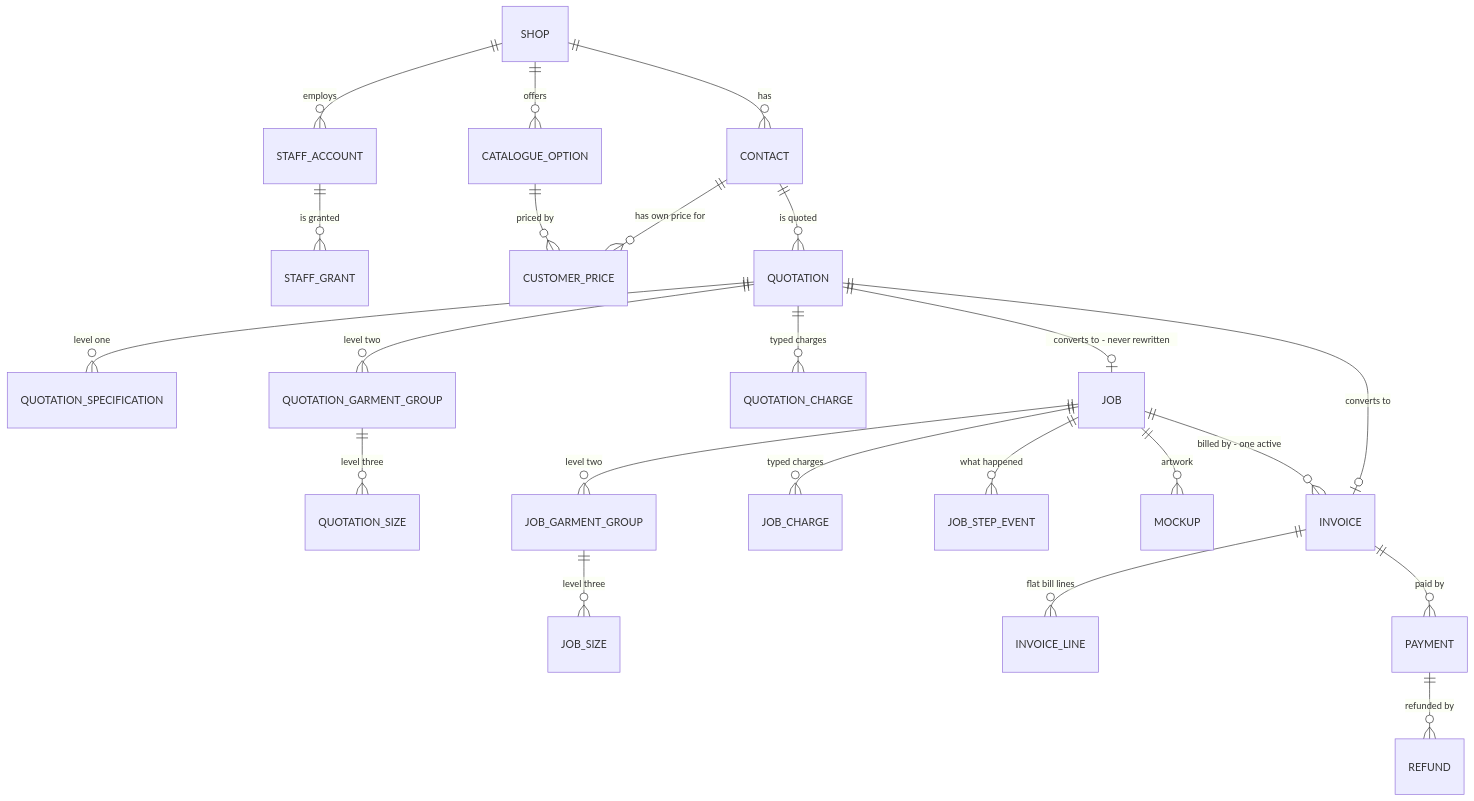
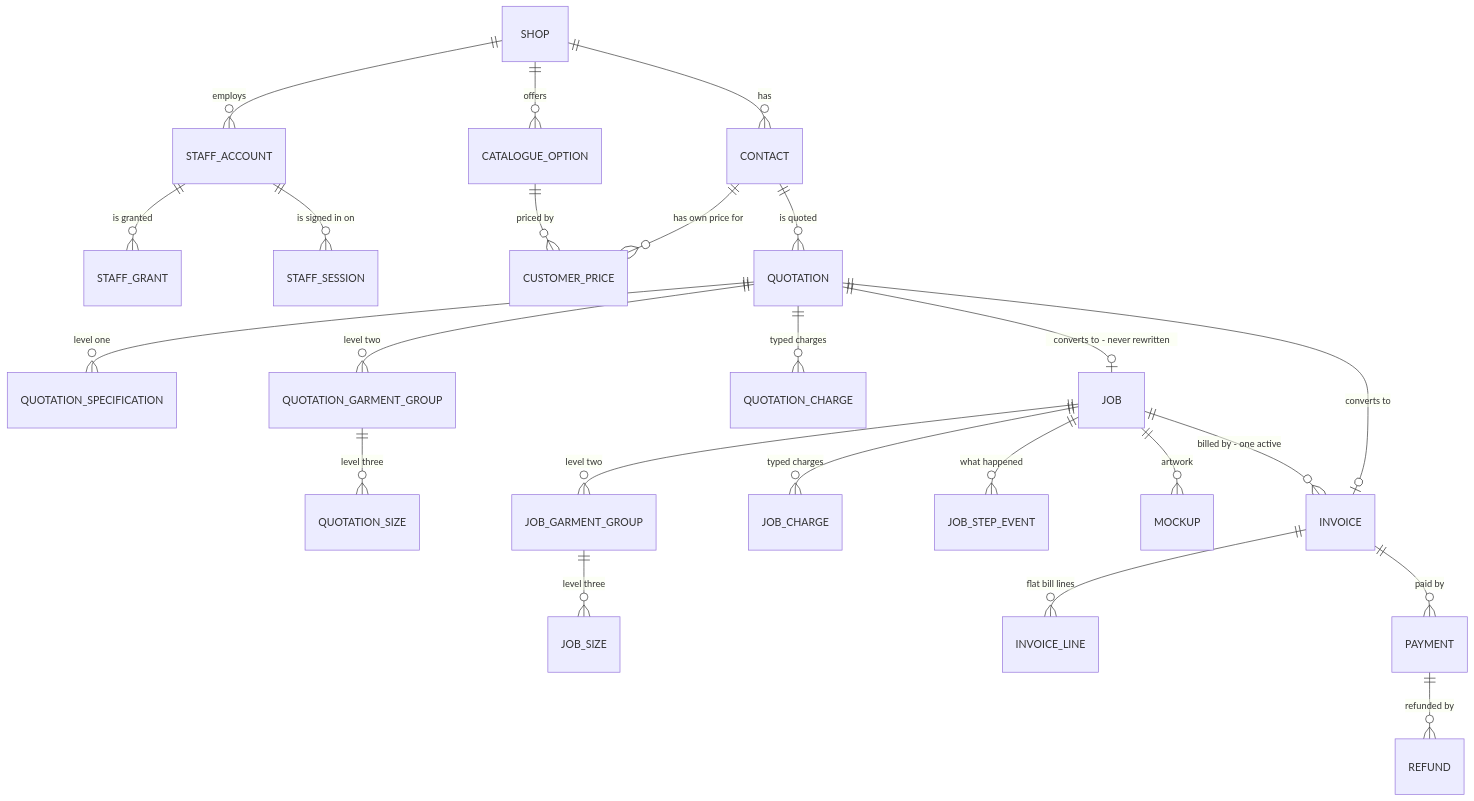
The second of 2 diagrams in docs/SDD.md (LLL-development/lll-print), drawn with Mermaid before and after one commit. The commit also changed other lines of this file and 72 other files, not shown here.

````diff
--- a/docs/SDD.md
+++ b/docs/SDD.md
@@ -498,28 +498,29 @@
 ```mermaid
 erDiagram
     SHOP ||--o{ CONTACT : "has"
     SHOP ||--o{ CATALOGUE_OPTION : "offers"
     SHOP ||--o{ STAFF_ACCOUNT : "employs"
     STAFF_ACCOUNT ||--o{ STAFF_GRANT : "is granted"
+    STAFF_ACCOUNT ||--o{ STAFF_SESSION : "is signed in on"
     CONTACT ||--o{ CUSTOMER_PRICE : "has own price for"
     CATALOGUE_OPTION ||--o{ CUSTOMER_PRICE : "priced by"
 
     CONTACT ||--o{ QUOTATION : "is quoted"
     QUOTATION ||--o{ QUOTATION_SPECIFICATION : "level one"
     QUOTATION ||--o{ QUOTATION_GARMENT_GROUP : "level two"
     QUOTATION_GARMENT_GROUP ||--o{ QUOTATION_SIZE : "level three"
     QUOTATION ||--o{ QUOTATION_CHARGE : "typed charges"
 
     QUOTATION ||--o| JOB : "converts to - never rewritten"
     JOB ||--o{ JOB_GARMENT_GROUP : "level two"
     JOB_GARMENT_GROUP ||--o{ JOB_SIZE : "level three"
     JOB ||--o{ JOB_CHARGE : "typed charges"
     JOB ||--o{ JOB_STEP_EVENT : "what happened"
     JOB ||--o{ MOCKUP : "artwork"
 
     QUOTATION ||--o| INVOICE : "converts to"
     JOB ||--o{ INVOICE : "billed by - one active"
     INVOICE ||--o{ INVOICE_LINE : "flat bill lines"
     INVOICE ||--o{ PAYMENT : "paid by"
     PAYMENT ||--o{ REFUND : "refunded by"
 ```
````
